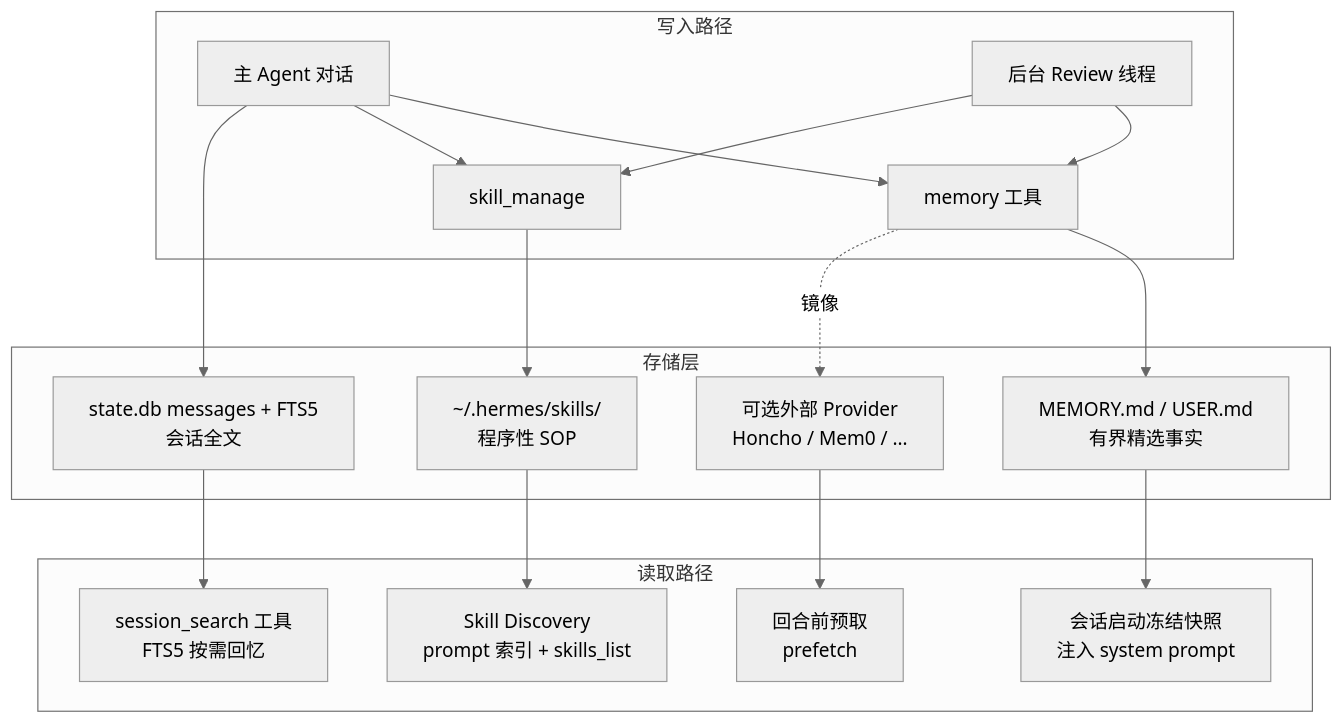
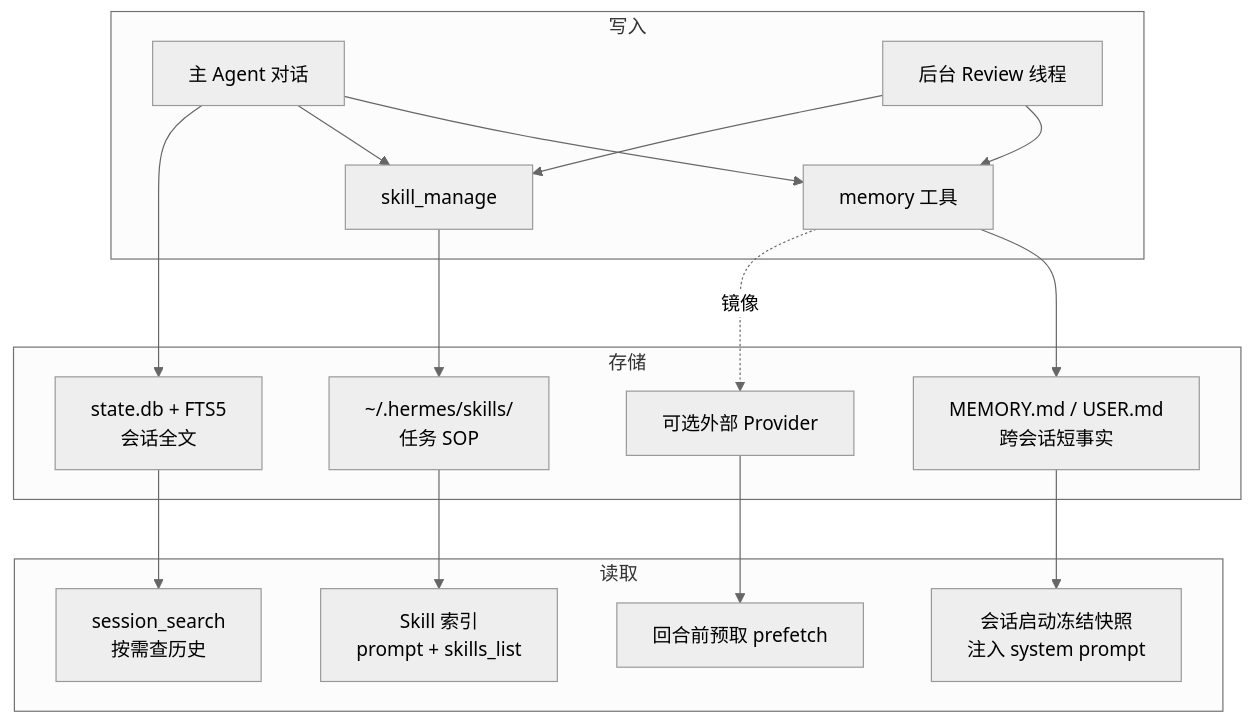
Before and after one commit to wolf-wolf/ai-tell-ai: the first of 3 diagrams in docs/latest/hermes-agent-memory.md, drawn with Mermaid (neutral theme). The commit also changed other lines of this file and 25 other files, not shown here.

First line of the commit message:
Restructure Hermes memory doc, add Honcho/prefix-cache nodes, and expand Obsidian plugins.

````diff
--- a/docs/latest/hermes-agent-memory.md
+++ b/docs/latest/hermes-agent-memory.md
@@ -49,30 +49,30 @@
 ```mermaid
 flowchart TB
-  subgraph write [写入路径]
+  subgraph write [写入]
     MAIN[主 Agent 对话]
     BR[后台 Review 线程]
     MAIN --> MT[memory 工具]
     BR --> MT
     BR --> SM[skill_manage]
     MAIN --> SM
   end
-  subgraph store [存储层]
-    MD[MEMORY.md / USER.md<br/>有界精选事实]
-    SK[~/.hermes/skills/<br/>程序性 SOP]
-    DB[state.db messages + FTS5<br/>会话全文]
-    EXT[可选外部 Provider<br/>Honcho / Mem0 / …]
+  subgraph store [存储]
+    MD[MEMORY.md / USER.md<br/>跨会话短事实]
+    SK[~/.hermes/skills/<br/>任务 SOP]
+    DB[state.db + FTS5<br/>会话全文]
+    EXT[可选外部 Provider]
   end
-  subgraph read [读取路径]
+  subgraph read [读取]
     SNAP[会话启动冻结快照<br/>注入 system prompt]
-    DISC[Skill Discovery<br/>prompt 索引 + skills_list]
-    SS[session_search 工具<br/>FTS5 按需回忆]
-    EXT --> PREF[回合前预取<br/>prefetch]
+    DISC[Skill 索引<br/>prompt + skills_list]
+    SS[session_search<br/>按需查历史]
+    EXT --> PREF[回合前预取 prefetch]
   end
   MT --> MD
   SM --> SK
   MAIN --> DB
   MD --> SNAP
   SK --> DISC
   DB --> SS
   MT -.镜像.-> EXT
 ```
````
